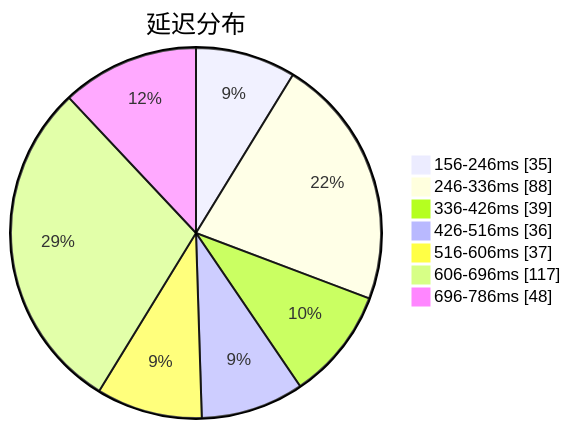
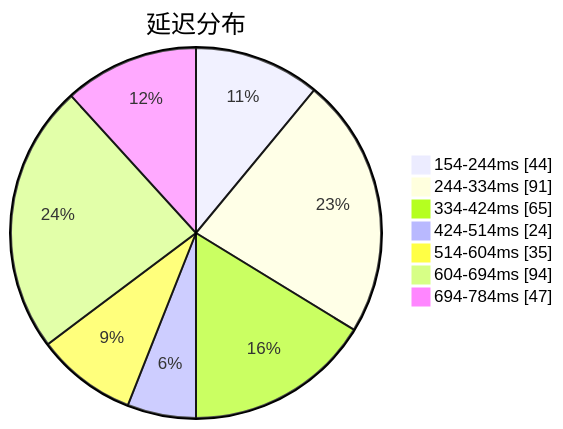
The first of 3 diagrams in subs/statistics/tested_within.md (qjlxg/airport), drawn with Mermaid before and after one commit. The commit also changed other lines of this file and 2 other files, not shown here.

````diff
--- a/subs/statistics/tested_within.md
+++ b/subs/statistics/tested_within.md
@@ -2,11 +2,11 @@
 ```mermaid
 pie showData
 title 延迟分布
-"156-246ms" : 35
-"246-336ms" : 88
-"336-426ms" : 39
-"426-516ms" : 36
-"516-606ms" : 37
-"606-696ms" : 117
-"696-786ms" : 48
+"154-244ms" : 44
+"244-334ms" : 91
+"334-424ms" : 65
+"424-514ms" : 24
+"514-604ms" : 35
+"604-694ms" : 94
+"694-784ms" : 47
 ```
````
